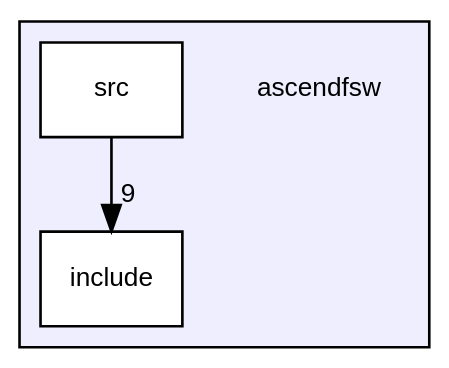
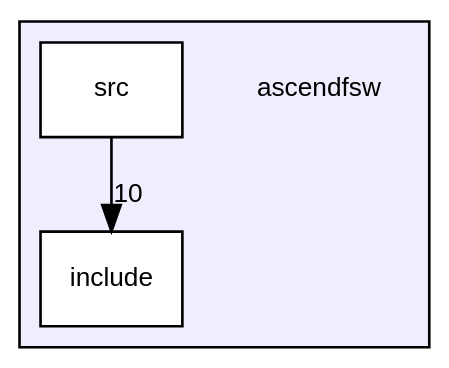
The diagram in docs/dir_ff455c5362987bedc71331f2f73f324a_dep.dot (ASU-ASCEND/Fall-2024), drawn with Graphviz before and after one commit. The commit also changed 72 other files, not shown here.

```diff
--- a/docs/dir_ff455c5362987bedc71331f2f73f324a_dep.dot
+++ b/docs/dir_ff455c5362987bedc71331f2f73f324a_dep.dot
@@ -1,13 +1,13 @@
 digraph "/home/runner/work/Fall-2024/Fall-2024/ascendfsw" {
   bgcolor=transparent;
   compound=true
   node [ fontsize="10", fontname="Helvetica"];
   edge [ labelfontsize="10", labelfontname="Helvetica"];
   subgraph clusterdir_ff455c5362987bedc71331f2f73f324a {
     graph [ bgcolor="#eeeeff", pencolor="black", label="" URL="dir_ff455c5362987bedc71331f2f73f324a.html"];
     dir_ff455c5362987bedc71331f2f73f324a [shape=plaintext label="ascendfsw"];
   dir_598cc9471c9d54adc06440bf1ece3782 [shape=box label="include" fillcolor="white" style="filled" URL="dir_598cc9471c9d54adc06440bf1ece3782.html"];
   dir_d7d498d630d77a78877888d5961eb9e9 [shape=box label="src" fillcolor="white" style="filled" URL="dir_d7d498d630d77a78877888d5961eb9e9.html"];
   }
-  dir_d7d498d630d77a78877888d5961eb9e9->dir_598cc9471c9d54adc06440bf1ece3782 [headlabel="9", labeldistance=1.5 headhref="dir_000002_000001.html"];
+  dir_d7d498d630d77a78877888d5961eb9e9->dir_598cc9471c9d54adc06440bf1ece3782 [headlabel="10", labeldistance=1.5 headhref="dir_000002_000001.html"];
 }
```
